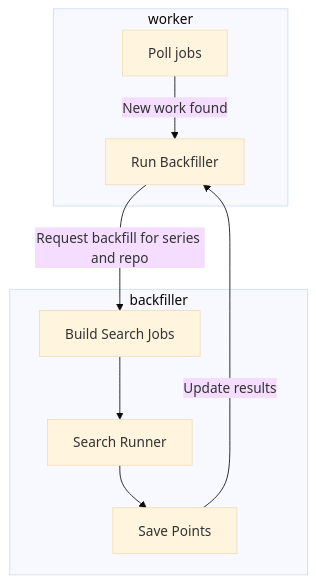
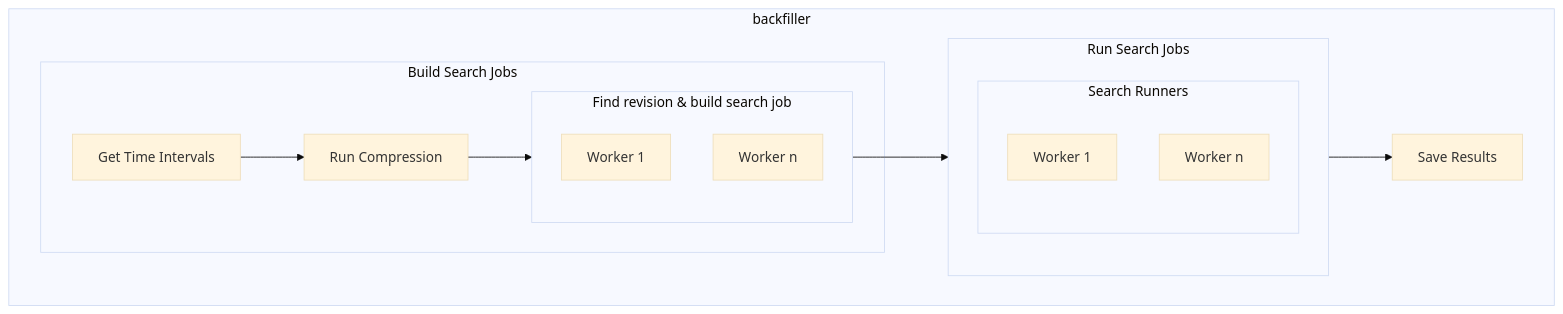
The diagram in enterprise/internal/insights/pipeline/readme.md (sourcegraph/sourcegraph-public-snapshot), drawn with Mermaid (base theme) before and after one commit.

Commit message:
update diagram

````diff
--- a/enterprise/internal/insights/pipeline/readme.md
+++ b/enterprise/internal/insights/pipeline/readme.md
@@ -5,15 +5,29 @@
 ```mermaid
-graph TD
+flowchart TB
 
-subgraph worker
-  Poll[Poll jobs] --> |New work found| RunBackfiller[Run Backfiller]
+subgraph backfiller
+
+subgraph BuildSearchJob[Build Search Jobs]
+  GetTimeIntervals[Get Time Intervals] --> CompressTimeIntervals[Run Compression]
+  subgraph FindRevisionBuildSearch[Find revision & build search job]
+    Worker1[Worker 1]
+    Workern[Worker n]
+  end
+  CompressTimeIntervals --> FindRevisionBuildSearch
 end
 
-subgraph backfiller
-  GenSearchJobs[Build Search Jobs] --> RunSearch[Search Runner]
-  RunSearch --> SaveResults[Save Points]
+
+
+subgraph RunSearchJobs[Run Search Jobs]
+  subgraph SearchRunners[Search Runners]
+    SearchWorker1[Worker 1]
+    SearchWorkern[Worker n]
+  end
 end
 
-RunBackfiller -->|Request backfill for series and repo| GenSearchJobs
-SaveResults --> |Update results| RunBackfiller
+FindRevisionBuildSearch --> RunSearchJobs
+RunSearchJobs --> SaveResults[Save Results]
+
+end
+
 ```
````
